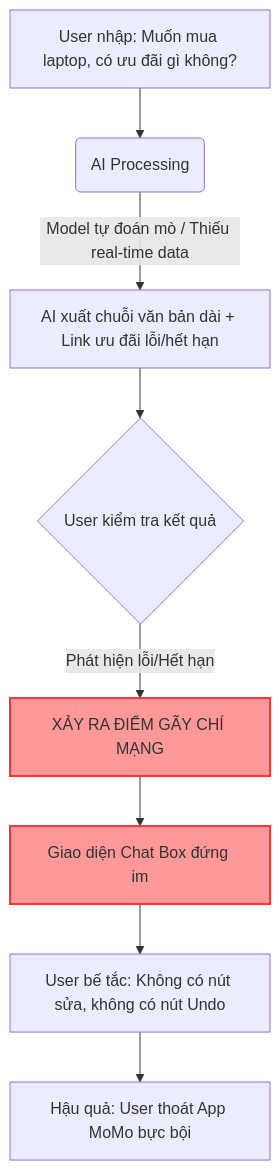
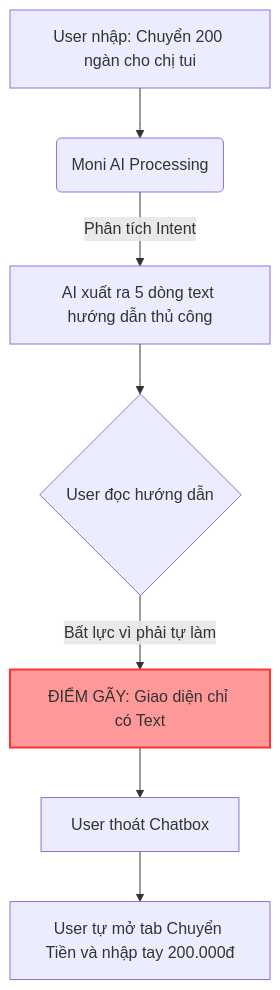
Before and after one commit to tn-anhthu/2A202600915-TranNguyenAnhThu-Day05: the first of 2 diagrams in 01-invidual-workshop/app-teardown.md, drawn with Mermaid. The commit also changed other lines of this file and 4 other files, not shown here.

````diff
--- a/01-invidual-workshop/app-teardown.md
+++ b/01-invidual-workshop/app-teardown.md
@@ -235,14 +91,11 @@
 ```mermaid
 graph TD
-    A[User nhập: Muốn mua laptop, có ưu đãi gì không?] --> B(AI Processing)
-    B -->|Model tự đoán mò / Thiếu real-time data| C[AI xuất chuỗi văn bản dài + Link ưu đãi lỗi/hết hạn]
-    C --> D{User kiểm tra kết quả}
-    D -->|Phát hiện lỗi/Hết hạn| E[XẢY RA ĐIỂM GÃY CHÍ MẠNG]
-    E --> F[Giao diện Chat Box đứng im]
-    F --> G[User bế tắc: Không có nút sửa, không có nút Undo]
-    G --> H[Hậu quả: User thoát App MoMo bực bội]
+    A[User nhập: Chuyển 200 ngàn cho chị tui] --> B(Moni AI Processing)
+    B -->|Phân tích Intent| C[AI xuất ra 5 dòng text hướng dẫn thủ công]
+    C --> D{User đọc hướng dẫn}
+    D -->|Bất lực vì phải tự làm| E[ĐIỂM GÃY: Giao diện chỉ có Text]
+    E --> F[User thoát Chatbox]
+    F --> G[User tự mở tab Chuyển Tiền và nhập tay 200.000đ]
     
     style E fill:#ff9999,stroke:#ff3333,stroke-width:2px;
-    style F fill:#ff9999,stroke:#ff3333,stroke-width:2px;
-
 ```
````
